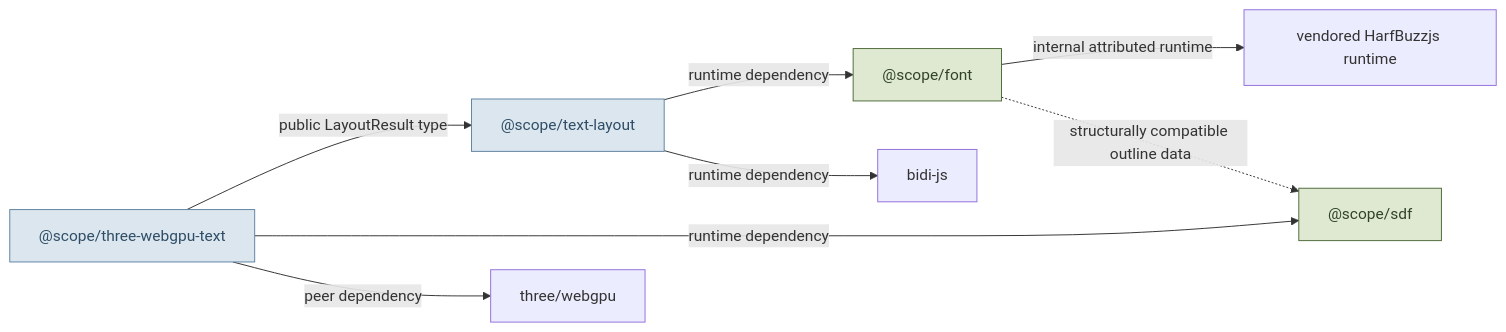
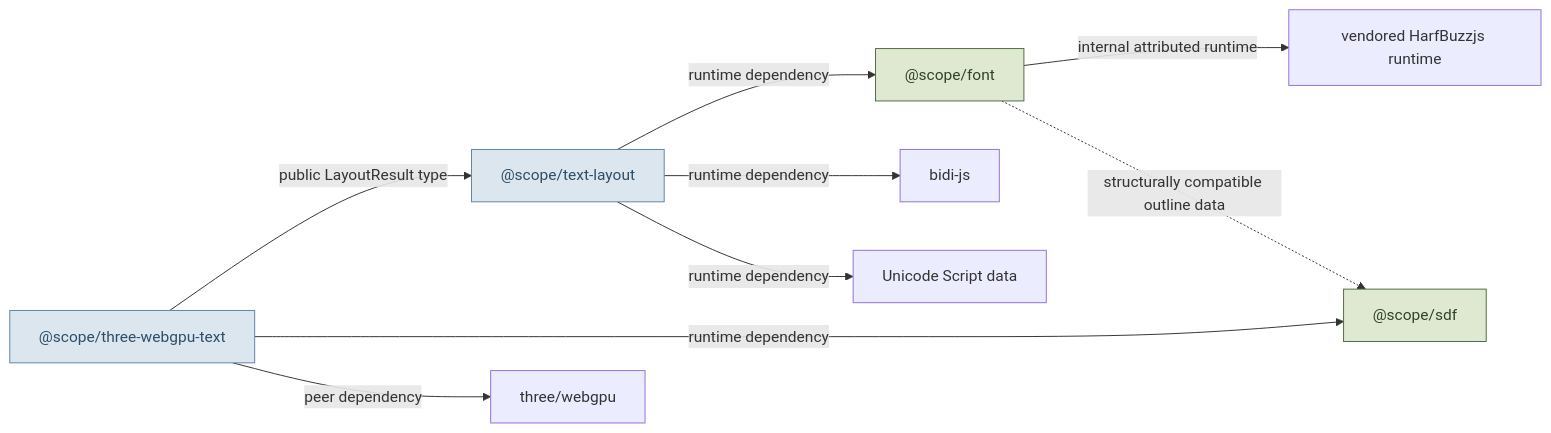
Before and after one commit to julia-script/text-rendering-toolkit: the second of 6 diagrams in ARCHITECTURE.md, drawn with Mermaid. The commit also changed other lines of this file and 27 other files, not shown here.

````diff
--- a/ARCHITECTURE.md
+++ b/ARCHITECTURE.md
@@ -98,24 +100,26 @@
 ```mermaid
 flowchart LR
     Font["@scope/font"]
     Layout["@scope/text-layout"]
     Sdf["@scope/sdf"]
     Renderer["@scope/three-webgpu-text"]
     Three["three/webgpu"]
     Bidi["bidi-js"]
+    Script["Unicode Script data"]
     HarfBuzz["vendored HarfBuzzjs runtime"]
 
     Font -->|internal attributed runtime| HarfBuzz
     Layout -->|runtime dependency| Font
     Layout -->|runtime dependency| Bidi
+    Layout -->|runtime dependency| Script
     Renderer -->|public LayoutResult type| Layout
     Renderer -->|runtime dependency| Sdf
     Renderer -->|peer dependency| Three
 
     Font -. "structurally compatible outline data" .-> Sdf
 
     classDef leaf fill:#dfe9d2,stroke:#4f6b3c,color:#304326
     classDef compose fill:#dbe6ee,stroke:#5f83a3,color:#2f4d66
     class Font,Sdf leaf
     class Layout,Renderer compose
 ```
````
